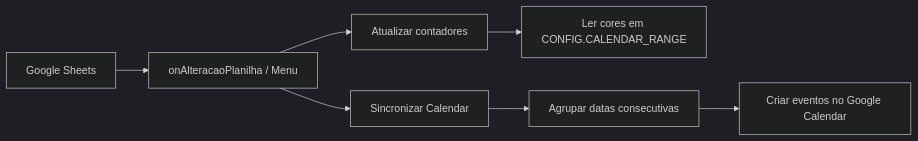
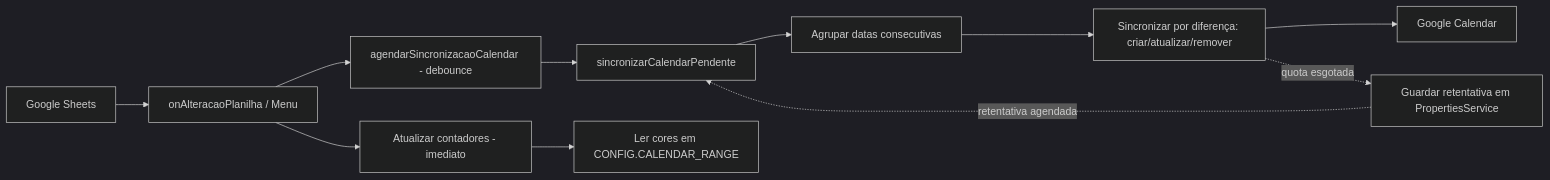
The diagram in README.md (emanuwells/Vacation_Mode), drawn with Mermaid (dark theme) before and after one commit. The commit also changed other lines of this file and 7 other files, not shown here.

````diff
--- a/README.md
+++ b/README.md
@@ -131,9 +137,13 @@
 ```mermaid
 flowchart LR
   A[Google Sheets] --> B[onAlteracaoPlanilha / Menu]
-  B --> C[Atualizar contadores]
-  B --> D[Sincronizar Calendar]
-  C --> E[Ler cores em CONFIG.CALENDAR_RANGE]
-  D --> F[Agrupar datas consecutivas]
-  F --> G[Criar eventos no Google Calendar]
+  B --> C[Atualizar contadores - imediato]
+  B --> D[agendarSincronizacaoCalendar - debounce]
+  D --> E[sincronizarCalendarPendente]
+  C --> F[Ler cores em CONFIG.CALENDAR_RANGE]
+  E --> G[Agrupar datas consecutivas]
+  G --> H[Sincronizar por diferença: criar/atualizar/remover]
+  H --> I[Google Calendar]
+  H -. quota esgotada .-> J[Guardar retentativa em PropertiesService]
+  J -. retentativa agendada .-> E
 ```
````
